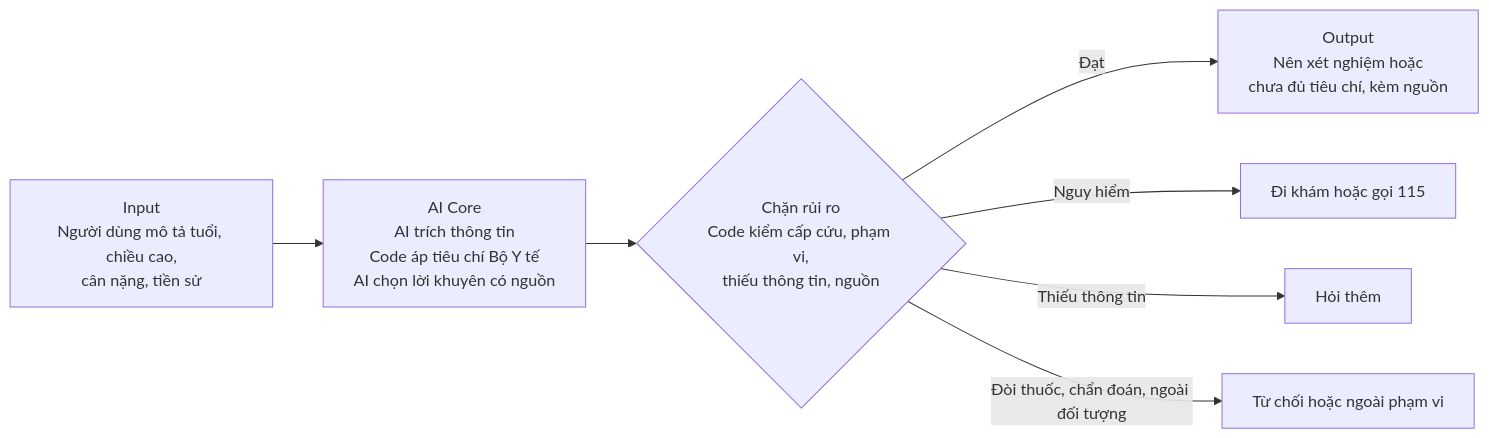
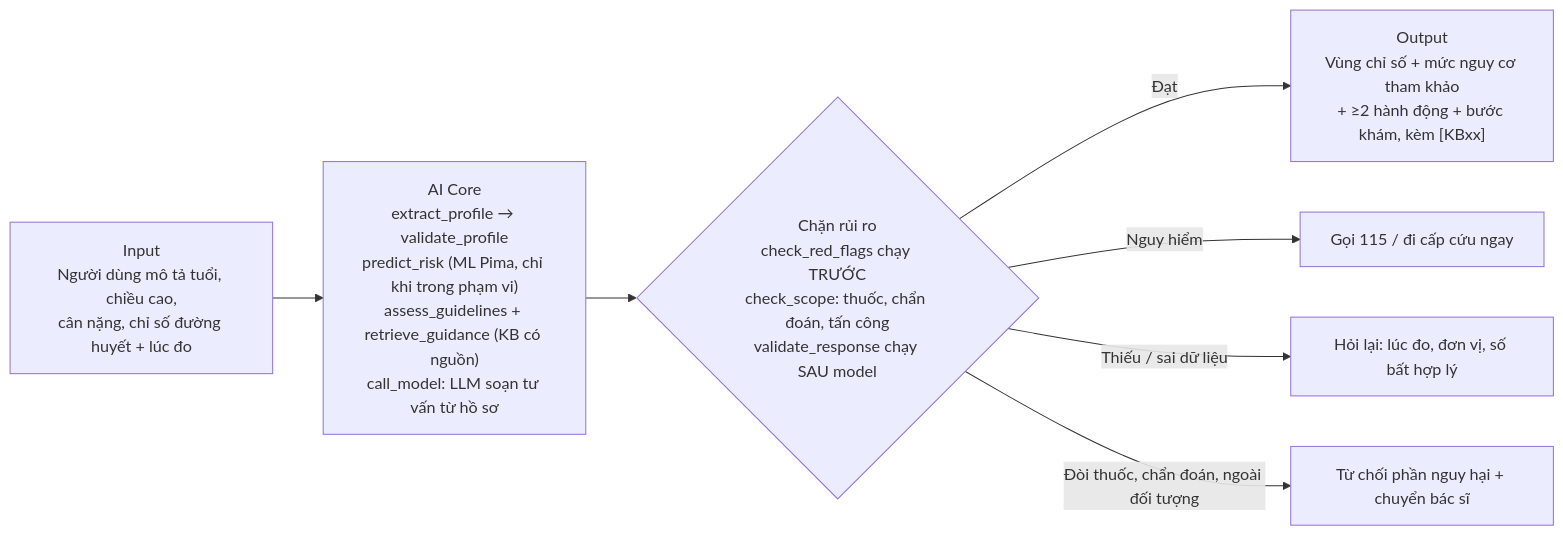
The diagram in spec.md (theahASR/K5-Day15-L3A-LufkyMama), drawn with Mermaid before and after one commit. The commit also changed other lines of this file, not shown here.

````diff
--- a/spec.md
+++ b/spec.md
@@ -40,15 +51,15 @@
 ```mermaid
 flowchart LR
-  A["Input<br/>Người dùng mô tả tuổi, chiều cao,<br/>cân nặng, tiền sử"]
-  B["AI Core<br/>AI trích thông tin<br/>Code áp tiêu chí Bộ Y tế<br/>AI chọn lời khuyên có nguồn"]
-  C{"Chặn rủi ro<br/>Code kiểm cấp cứu, phạm vi,<br/>thiếu thông tin, nguồn"}
-  D["Output<br/>Nên xét nghiệm hoặc<br/>chưa đủ tiêu chí, kèm nguồn"]
-  E["Đi khám hoặc gọi 115"]
-  F["Hỏi thêm"]
-  G["Từ chối hoặc ngoài phạm vi"]
+  A["Input<br/>Người dùng mô tả tuổi, chiều cao,<br/>cân nặng, chỉ số đường huyết + lúc đo"]
+  B["AI Core<br/>extract_profile → validate_profile<br/>predict_risk (ML Pima, chỉ khi trong phạm vi)<br/>assess_guidelines + retrieve_guidance (KB có nguồn)<br/>call_model: LLM soạn tư vấn từ hồ sơ"]
+  C{"Chặn rủi ro<br/>check_red_flags chạy TRƯỚC<br/>check_scope: thuốc, chẩn đoán, tấn công<br/>validate_response chạy SAU model"}
+  D["Output<br/>Vùng chỉ số + mức nguy cơ tham khảo<br/>+ ≥2 hành động + bước khám, kèm [KBxx]"]
+  E["Gọi 115 / đi cấp cứu ngay"]
+  F["Hỏi lại: lúc đo, đơn vị, số bất hợp lý"]
+  G["Từ chối phần nguy hại + chuyển bác sĩ"]
   A --> B --> C
   C -- Đạt --> D
   C -- Nguy hiểm --> E
-  C -- Thiếu thông tin --> F
+  C -- Thiếu / sai dữ liệu --> F
   C -- Đòi thuốc, chẩn đoán, ngoài đối tượng --> G
 ```
````
